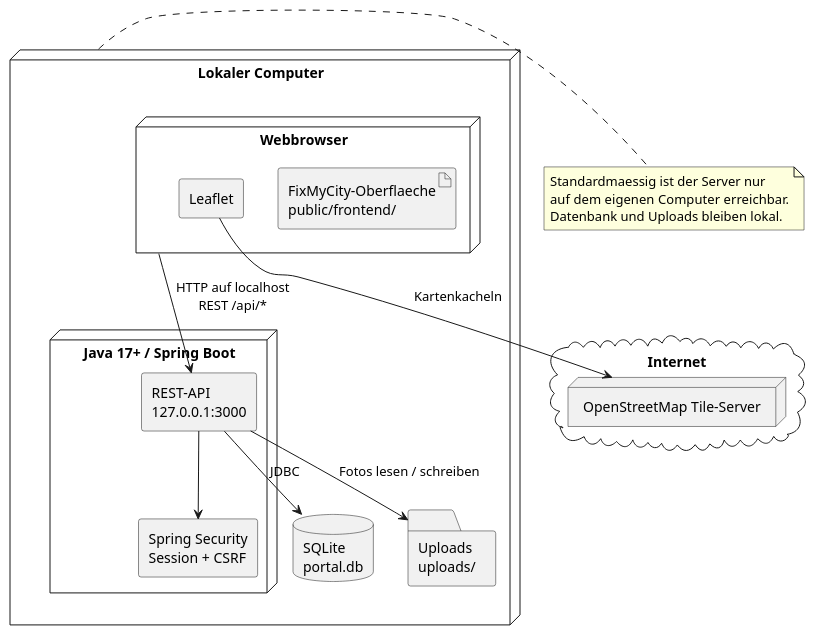
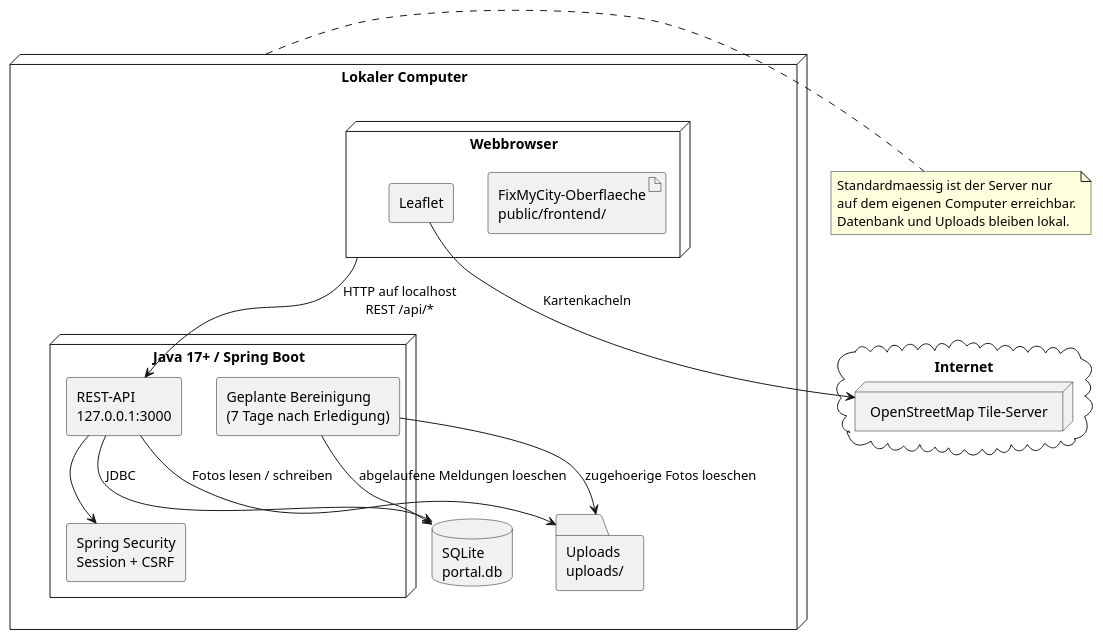
Before and after one commit to wenhuan-liang/stadtmeldung-portal: the diagram in docs/uml/deployment.puml, drawn with PlantUML. The commit also changed 25 other files, not shown here.

```diff
--- a/docs/uml/deployment.puml
+++ b/docs/uml/deployment.puml
@@ -1,34 +1,37 @@
 @startuml
 skinparam componentStyle rectangle
 
 node "Lokaler Computer" as Computer {
   node "Webbrowser" as Browser {
     artifact "FixMyCity-Oberflaeche\npublic/frontend/" as Frontend
     component "Leaflet" as Leaflet
   }
 
   node "Java 17+ / Spring Boot" as App {
     component "REST-API\n127.0.0.1:3000" as API
     component "Spring Security\nSession + CSRF" as SpringSecurity
+    component "Geplante Bereinigung\n(7 Tage nach Erledigung)" as Cleanup
   }
 
   database "SQLite\nportal.db" as DB
   folder "Uploads\nuploads/" as Uploads
 }
 
 cloud "Internet" as Internet {
   node "OpenStreetMap Tile-Server" as OSM
 }
 
 Browser --> API : HTTP auf localhost\nREST /api/*
 API --> SpringSecurity
 API --> DB : JDBC
 API --> Uploads : Fotos lesen / schreiben
+Cleanup --> DB : abgelaufene Meldungen loeschen
+Cleanup --> Uploads : zugehoerige Fotos loeschen
 Leaflet --> OSM : Kartenkacheln
 
 note right of Computer
   Standardmaessig ist der Server nur
   auf dem eigenen Computer erreichbar.
   Datenbank und Uploads bleiben lokal.
 end note
 @enduml
```
